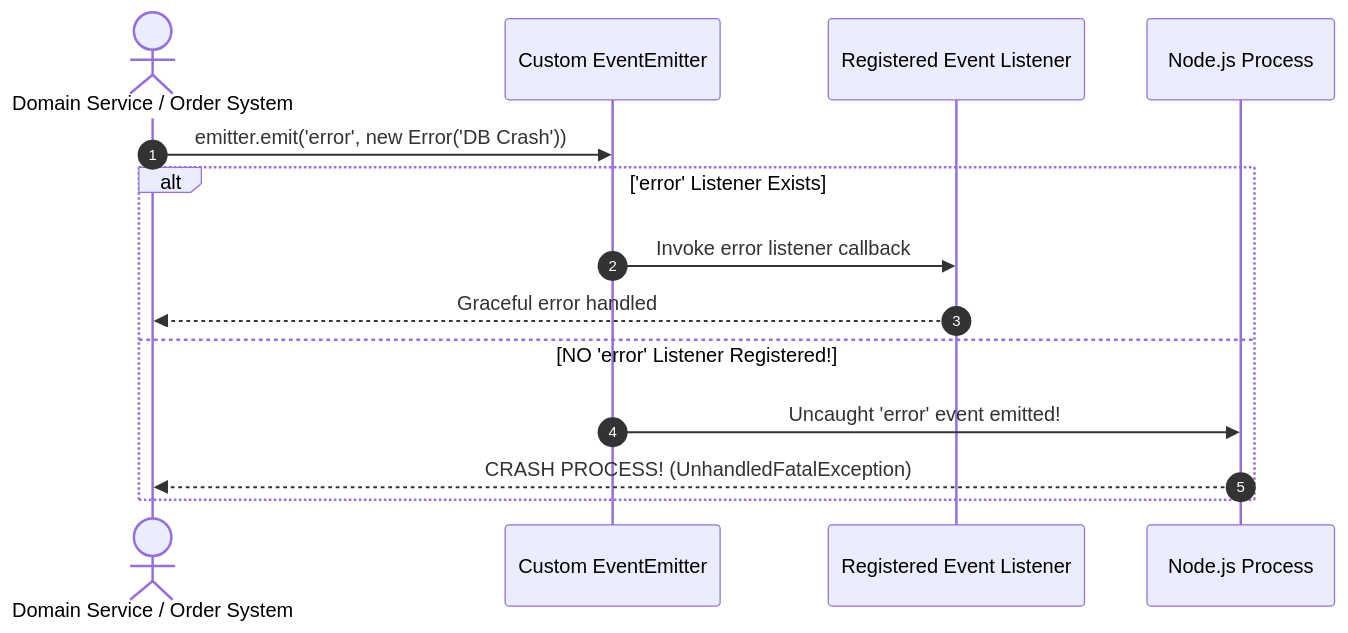
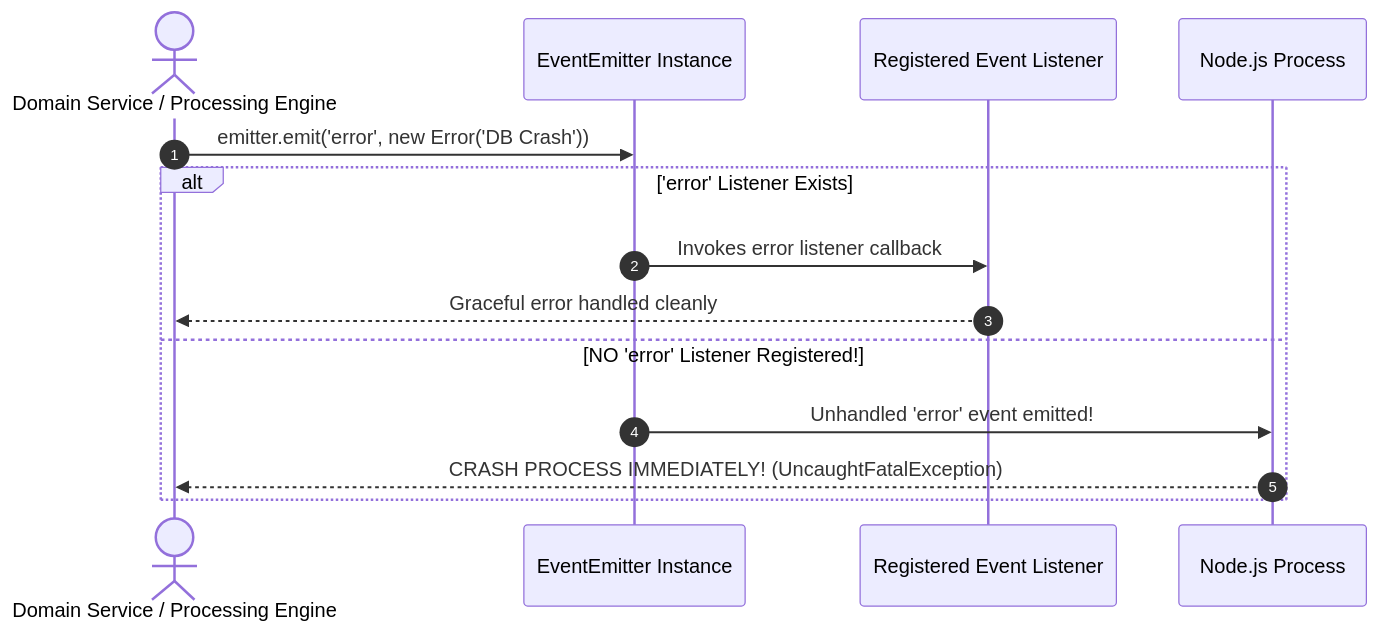
The second of 3 diagrams in nodejs-notes/09-events.md (Amie-dev/engineering-playbook), drawn with Mermaid before and after one commit. The commit also changed other lines of this file and 31 other files, not shown here.

````diff
--- a/nodejs-notes/09-events.md
+++ b/nodejs-notes/09-events.md
@@ -48,18 +53,18 @@
 ```mermaid
 sequenceDiagram
     autonumber
-    actor Publisher as Domain Service / Order System
-    participant Emitter as Custom EventEmitter
+    actor Publisher as Domain Service / Processing Engine
+    participant Emitter as EventEmitter Instance
     participant Listener as Registered Event Listener
     participant Process as Node.js Process
 
     Publisher->>Emitter: emitter.emit('error', new Error('DB Crash'))
     
     alt 'error' Listener Exists
-        Emitter->>Listener: Invoke error listener callback
-        Listener-->>Publisher: Graceful error handled
+        Emitter->>Listener: Invokes error listener callback
+        Listener-->>Publisher: Graceful error handled cleanly
     else NO 'error' Listener Registered!
-        Emitter->>Process: Uncaught 'error' event emitted!
-        Process-->>Publisher: CRASH PROCESS! (UnhandledFatalException)
+        Emitter->>Process: Unhandled 'error' event emitted!
+        Process-->>Publisher: CRASH PROCESS IMMEDIATELY! (UncaughtFatalException)
     end
 ```
````
